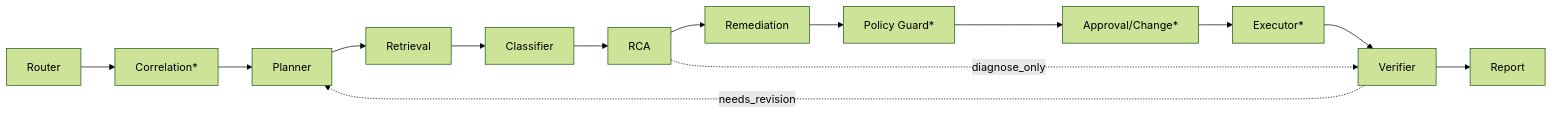
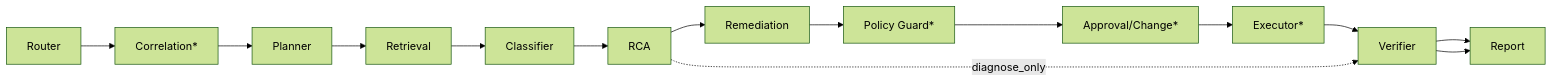
One commit to cloud-team2/bifrost changed the second of 3 diagrams in docs/design/backend-fastapi/overview.md. Above: the diagram before and after it, drawn with Mermaid (forest theme). The commit also changed other lines of this file and 25 other files, not shown here.

````diff
--- a/docs/design/backend-fastapi/overview.md
+++ b/docs/design/backend-fastapi/overview.md
@@ -48,7 +48,7 @@
 ```mermaid
 flowchart LR
     R[Router] --> Co[Correlation*] --> P[Planner] --> Re[Retrieval] --> C[Classifier] --> RCA
     RCA --> Rem[Remediation] --> PG[Policy Guard*] --> AG[Approval/Change*] --> Ex[Executor*] --> V[Verifier] --> Rep[Report]
     RCA -.diagnose_only.-> V
-    V -.needs_revision.-> P
+    V --> Rep
 ```
````
